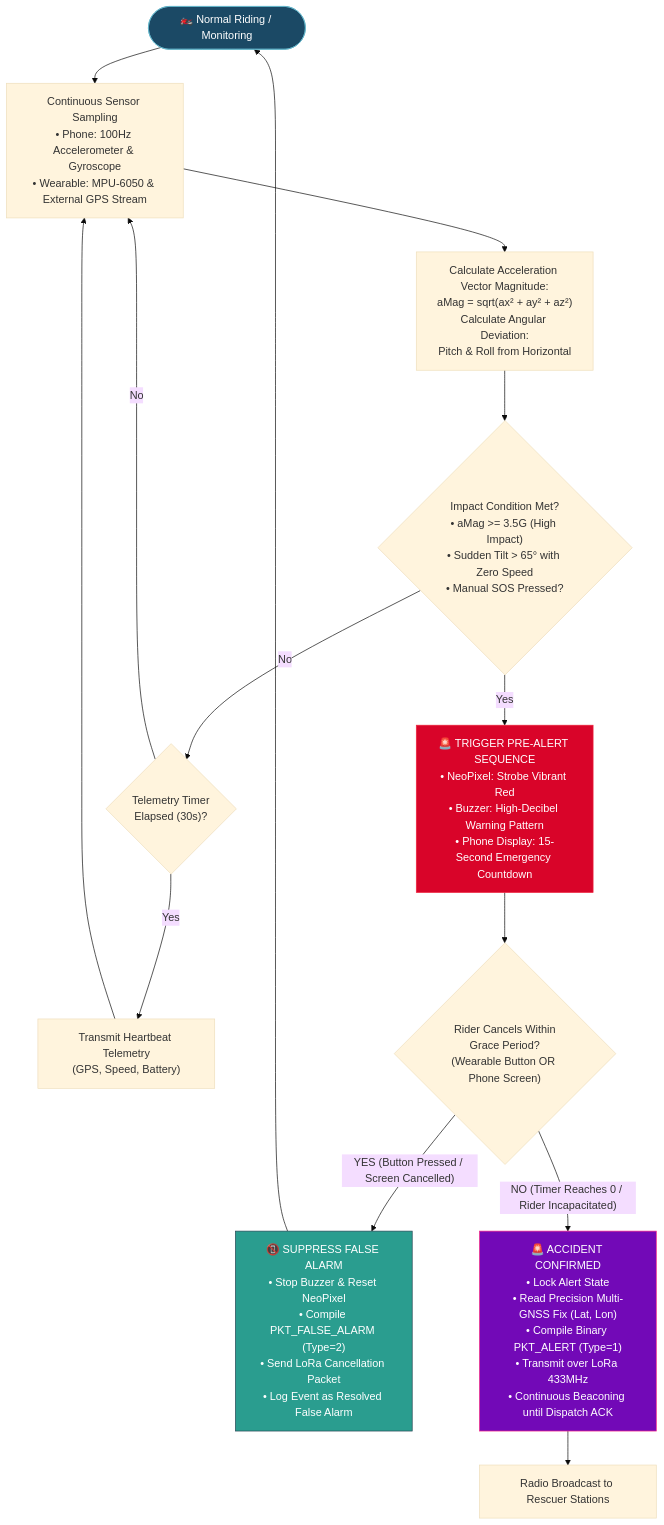
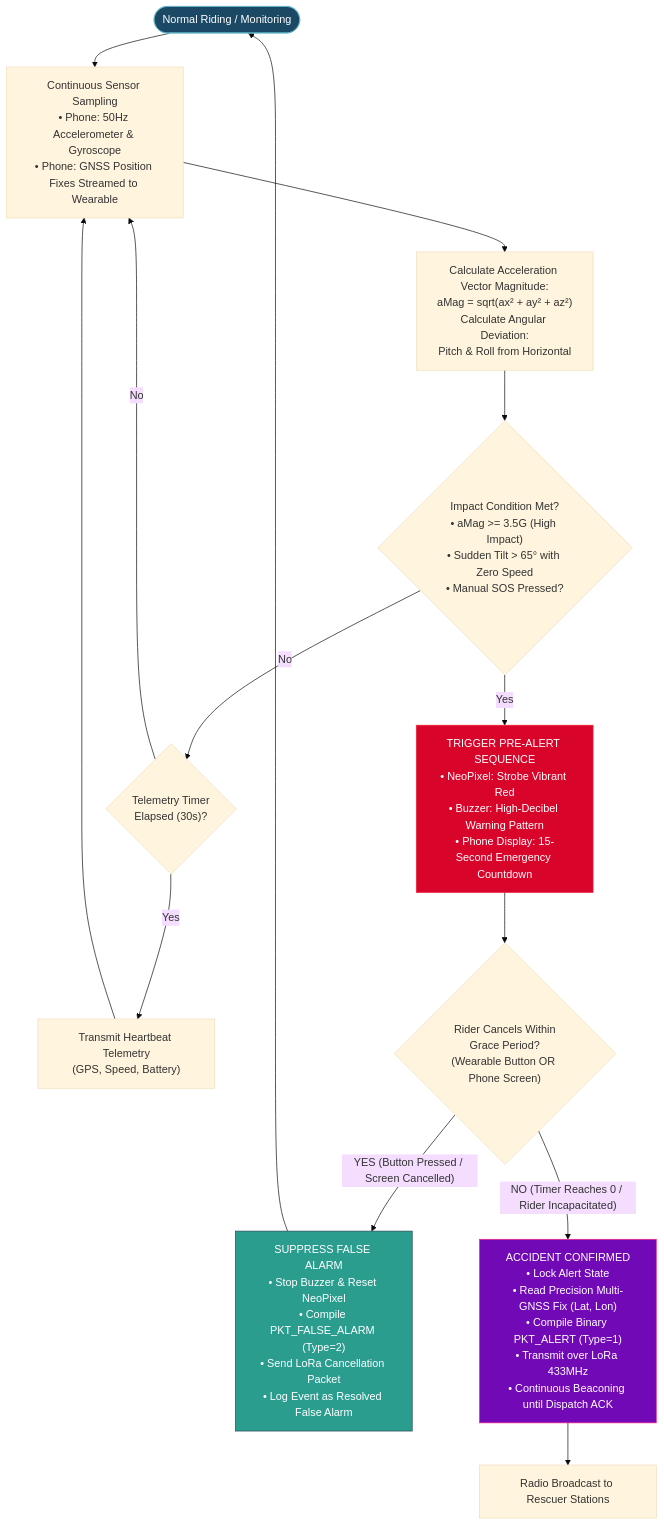
The third of 7 diagrams in docs/MD Files/System_Flow_Flowchart.md (JanClyde05/Road-Accident-Monitoring-System), drawn with Mermaid (base theme) before and after one commit. The commit also changed other lines of this file and 22 other files, not shown here.

````diff
--- a/docs/MD Files/System_Flow_Flowchart.md
+++ b/docs/MD Files/System_Flow_Flowchart.md
@@ -144,29 +152,29 @@
 ```mermaid
 flowchart TD
-    START(["🏍️ Normal Riding / Monitoring"]) --> SENSORS["Continuous Sensor Sampling\n• Phone: 100Hz Accelerometer & Gyroscope\n• Wearable: MPU-6050 & External GPS Stream"]
+    START(["Normal Riding / Monitoring"]) --> SENSORS["Continuous Sensor Sampling\n• Phone: 50Hz Accelerometer & Gyroscope\n• Phone: GNSS Position Fixes Streamed to Wearable"]
     
     SENSORS --> CALC["Calculate Acceleration Vector Magnitude:\naMag = sqrt(ax² + ay² + az²)\nCalculate Angular Deviation:\nPitch & Roll from Horizontal"]
 
     CALC --> IMPACT_CHK{"Impact Condition Met?\n• aMag >= 3.5G (High Impact)\n• Sudden Tilt > 65° with Zero Speed\n• Manual SOS Pressed?"}
 
     IMPACT_CHK -- No --> NORMAL_TEL{"Telemetry Timer\nElapsed (30s)?"}
     NORMAL_TEL -- Yes --> SEND_TEL["Transmit Heartbeat Telemetry\n(GPS, Speed, Battery)"]
     NORMAL_TEL -- No --> SENSORS
     SEND_TEL --> SENSORS
 
-    IMPACT_CHK -- Yes --> PRE_ALERT["🚨 TRIGGER PRE-ALERT SEQUENCE\n• NeoPixel: Strobe Vibrant Red\n• Buzzer: High-Decibel Warning Pattern\n• Phone Display: 15-Second Emergency Countdown"]
+    IMPACT_CHK -- Yes --> PRE_ALERT["TRIGGER PRE-ALERT SEQUENCE\n• NeoPixel: Strobe Vibrant Red\n• Buzzer: High-Decibel Warning Pattern\n• Phone Display: 15-Second Emergency Countdown"]
 
     PRE_ALERT --> COUNTDOWN{"Rider Cancels Within\nGrace Period?\n(Wearable Button OR Phone Screen)"}
 
-    COUNTDOWN -- "YES (Button Pressed / Screen Cancelled)" --> DISMISS["📵 SUPPRESS FALSE ALARM\n• Stop Buzzer & Reset NeoPixel\n• Compile PKT_FALSE_ALARM (Type=2)\n• Send LoRa Cancellation Packet\n• Log Event as Resolved False Alarm"]
+    COUNTDOWN -- "YES (Button Pressed / Screen Cancelled)" --> DISMISS["SUPPRESS FALSE ALARM\n• Stop Buzzer & Reset NeoPixel\n• Compile PKT_FALSE_ALARM (Type=2)\n• Send LoRa Cancellation Packet\n• Log Event as Resolved False Alarm"]
     DISMISS --> START
 
-    COUNTDOWN -- "NO (Timer Reaches 0 / Rider Incapacitated)" --> LOCK_ALERT["🚨 ACCIDENT CONFIRMED\n• Lock Alert State\n• Read Precision Multi-GNSS Fix (Lat, Lon)\n• Compile Binary PKT_ALERT (Type=1)\n• Transmit over LoRa 433MHz\n• Continuous Beaconing until Dispatch ACK"]
+    COUNTDOWN -- "NO (Timer Reaches 0 / Rider Incapacitated)" --> LOCK_ALERT["ACCIDENT CONFIRMED\n• Lock Alert State\n• Read Precision Multi-GNSS Fix (Lat, Lon)\n• Compile Binary PKT_ALERT (Type=1)\n• Transmit over LoRa 433MHz\n• Continuous Beaconing until Dispatch ACK"]
 
     LOCK_ALERT --> BROADCAST["Radio Broadcast to Rescuer Stations"]
 
     style START fill:#1b4965,stroke:#62b6cb,color:#fff
     style PRE_ALERT fill:#d90429,stroke:#ef233c,color:#fff
     style DISMISS fill:#2a9d8f,stroke:#264653,color:#fff
     style LOCK_ALERT fill:#7209b7,stroke:#f72585,color:#fff
 ```
````
